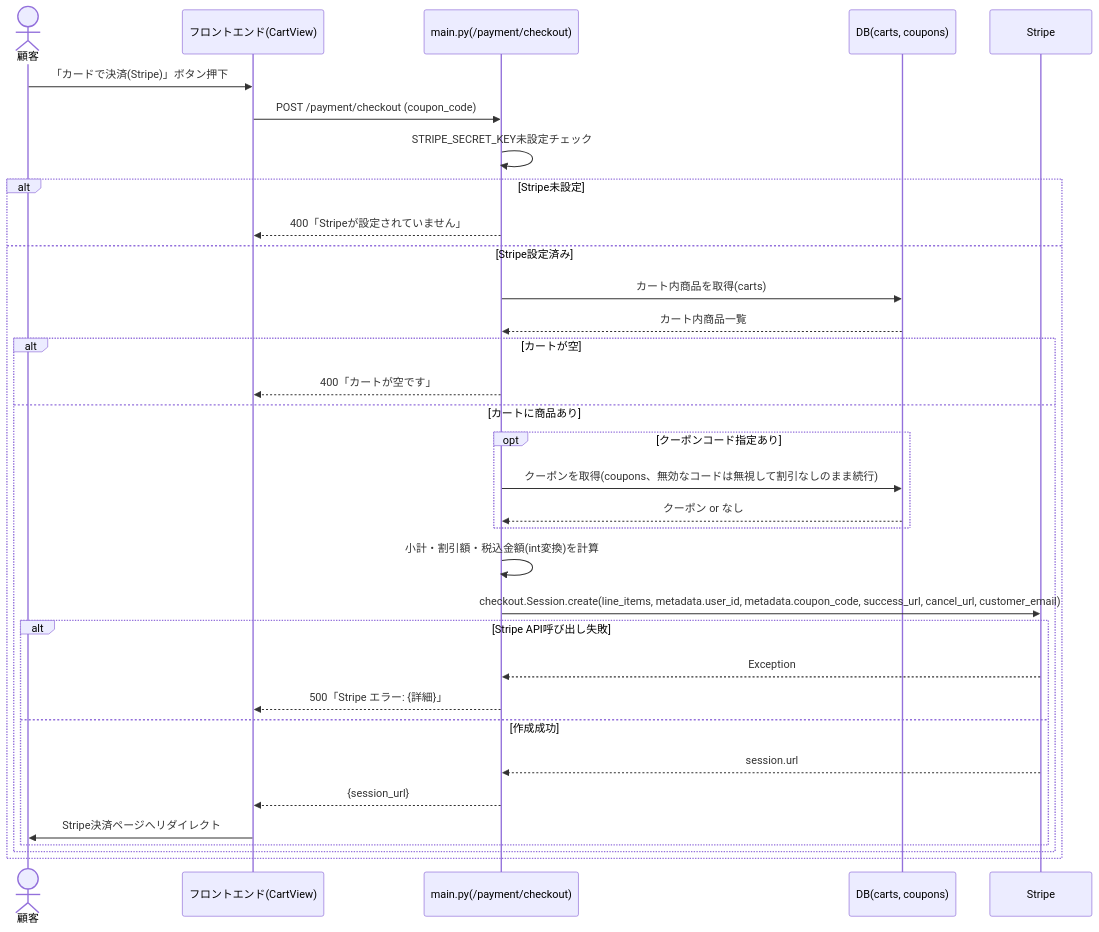
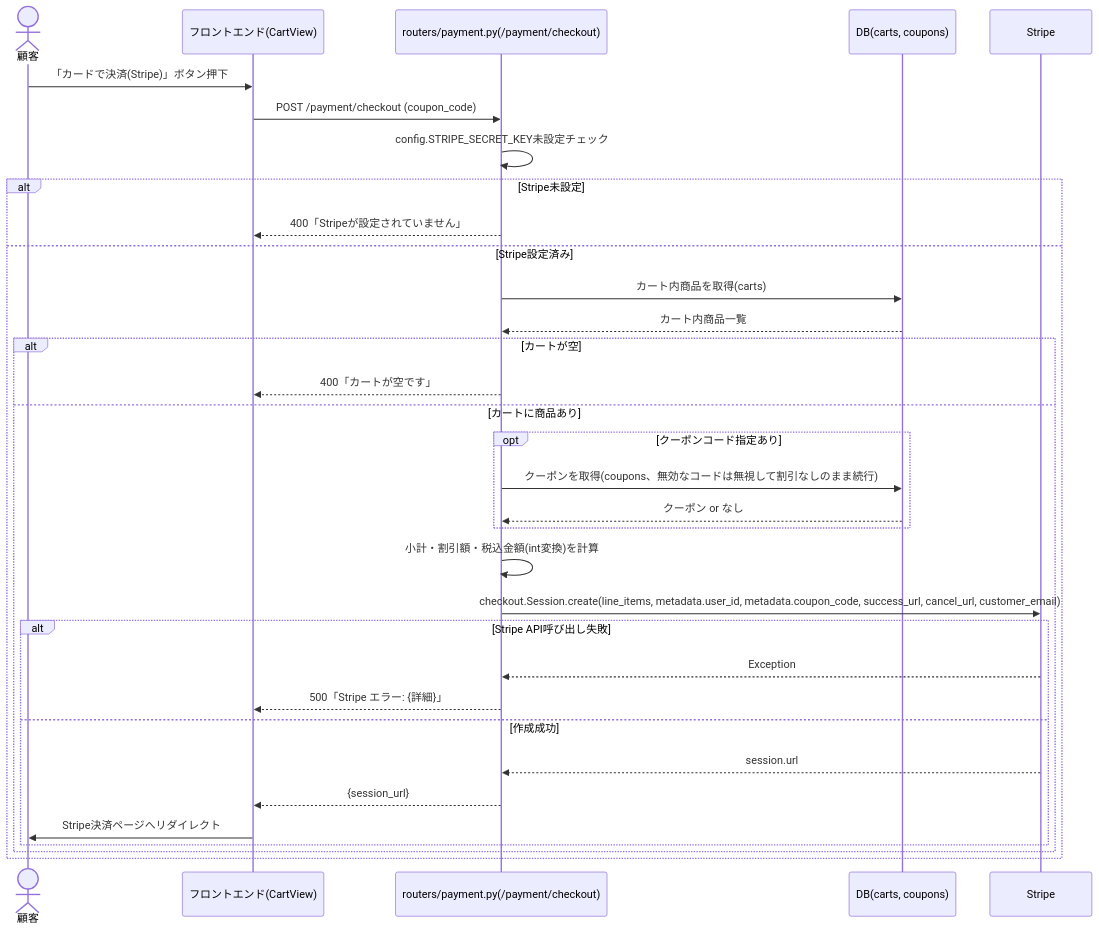
Before and after one commit to KokiNakano2nd/ec2site: the second of 12 diagrams in docs/deliverables/internal_design/03_sequence_diagram.md, drawn with Mermaid. The commit also changed other lines of this file and 1 other file, not shown here.

````diff
--- a/docs/deliverables/internal_design/03_sequence_diagram.md
+++ b/docs/deliverables/internal_design/03_sequence_diagram.md
@@ -58,36 +61,36 @@
 ```mermaid
 sequenceDiagram
     actor 顧客
     participant Frontend as フロントエンド(CartView)
-    participant API as main.py(/payment/checkout)
+    participant API as routers/payment.py(/payment/checkout)
     participant DB as DB(carts, coupons)
     participant Stripe
 
     顧客->>Frontend: 「カードで決済(Stripe)」ボタン押下
     Frontend->>API: POST /payment/checkout (coupon_code)
-    API->>API: STRIPE_SECRET_KEY未設定チェック
+    API->>API: config.STRIPE_SECRET_KEY未設定チェック
     alt Stripe未設定
         API-->>Frontend: 400「Stripeが設定されていません」
     else Stripe設定済み
         API->>DB: カート内商品を取得(carts)
         DB-->>API: カート内商品一覧
         alt カートが空
             API-->>Frontend: 400「カートが空です」
         else カートに商品あり
             opt クーポンコード指定あり
                 API->>DB: クーポンを取得(coupons、無効なコードは無視して割引なしのまま続行)
                 DB-->>API: クーポン or なし
             end
             API->>API: 小計・割引額・税込金額(int変換)を計算
             API->>Stripe: checkout.Session.create(line_items, metadata.user_id, metadata.coupon_code, success_url, cancel_url, customer_email)
             alt Stripe API呼び出し失敗
                 Stripe-->>API: Exception
                 API-->>Frontend: 500「Stripe エラー: {詳細}」
             else 作成成功
                 Stripe-->>API: session.url
                 API-->>Frontend: {session_url}
                 Frontend->>顧客: Stripe決済ページへリダイレクト
             end
         end
     end
 ```
````
